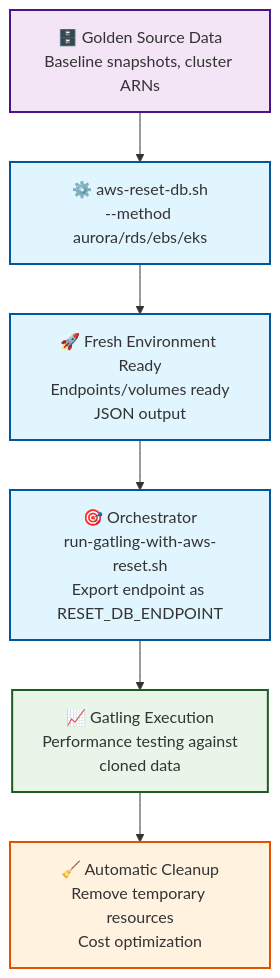
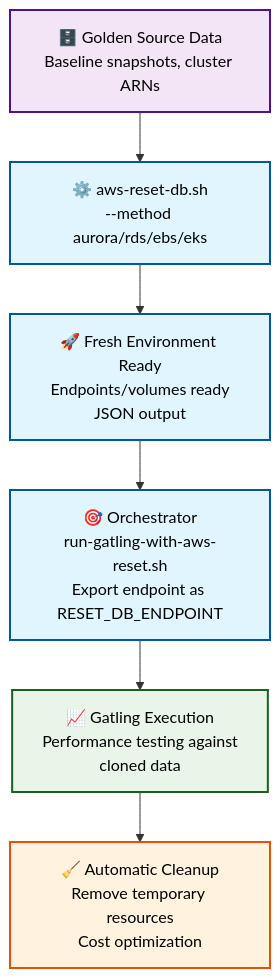
Before and after one commit to tyrell/api-benchmark-suite: the diagram in README.md, drawn with Mermaid.

Commit message:
style: improve Mermaid diagram readability with darker font colors
- Add color:#000000 to all classDef styles for better text visibility
- Enhance contrast between text and background colors
- Improve overall diagram readability on GitHub

````diff
--- a/README.md
+++ b/README.md
@@ -87,19 +87,19 @@
 ```mermaid
 flowchart TD
     A[🗄️ Golden Source Data<br/>Baseline snapshots, cluster ARNs] --> B[⚙️ aws-reset-db.sh<br/>--method aurora/rds/ebs/eks]
     B --> C[🚀 Fresh Environment Ready<br/>Endpoints/volumes ready<br/>JSON output]
     C --> D[🎯 Orchestrator<br/>run-gatling-with-aws-reset.sh<br/>Export endpoint as RESET_DB_ENDPOINT]
     D --> E[📈 Gatling Execution<br/>Performance testing against<br/>cloned data]
     E --> F[🧹 Automatic Cleanup<br/>Remove temporary resources<br/>Cost optimization]
     
     %% Styling
-    classDef processBox fill:#e1f5fe,stroke:#01579b,stroke-width:2px
-    classDef dataBox fill:#f3e5f5,stroke:#4a148c,stroke-width:2px
-    classDef testBox fill:#e8f5e8,stroke:#1b5e20,stroke-width:2px
-    classDef cleanupBox fill:#fff3e0,stroke:#e65100,stroke-width:2px
+    classDef processBox fill:#e1f5fe,stroke:#01579b,stroke-width:2px,color:#000000
+    classDef dataBox fill:#f3e5f5,stroke:#4a148c,stroke-width:2px,color:#000000
+    classDef testBox fill:#e8f5e8,stroke:#1b5e20,stroke-width:2px,color:#000000
+    classDef cleanupBox fill:#fff3e0,stroke:#e65100,stroke-width:2px,color:#000000
     
     class A dataBox
     class B,C,D processBox
     class E testBox
     class F cleanupBox
 ```
````
